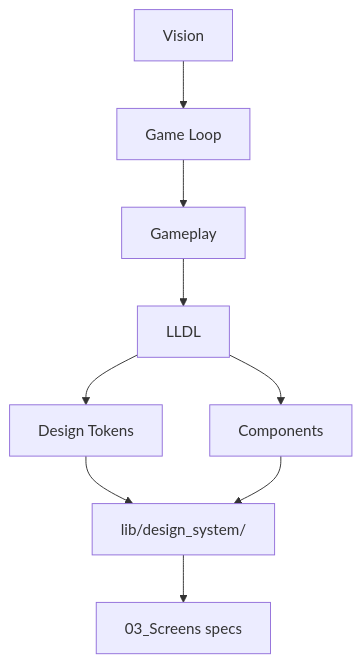
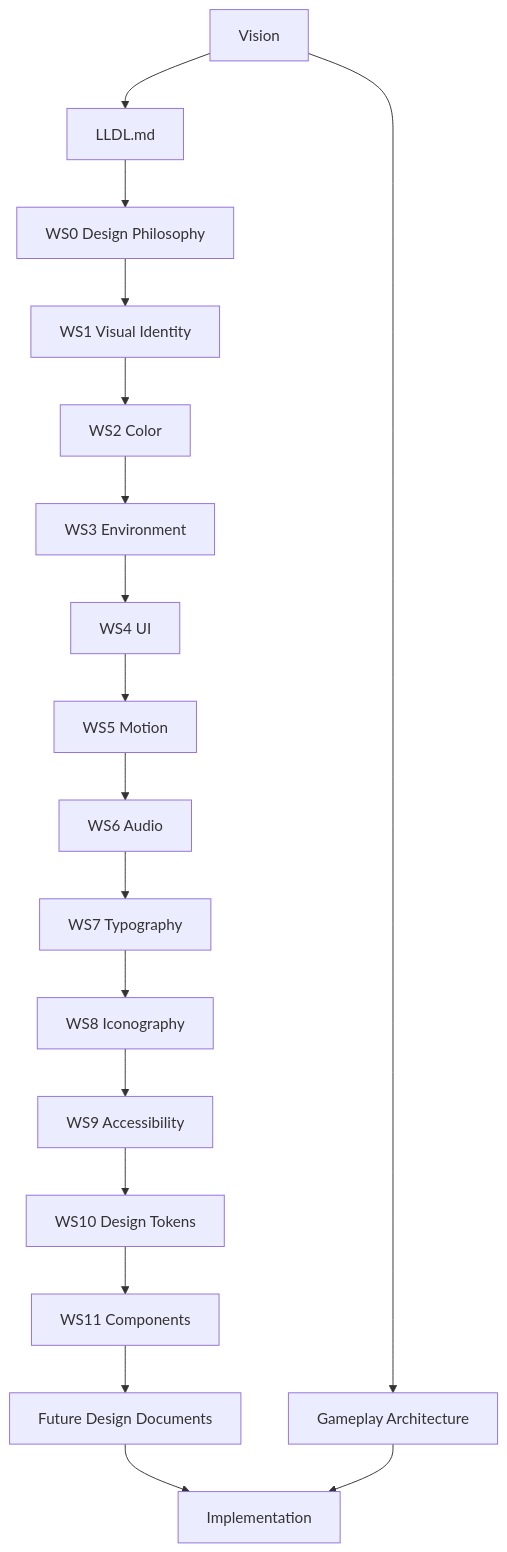
Before and after one commit to vividmemories-games/Labyrinth_Legends: the diagram in docs/02_Design_System/LLDL.md, drawn with Mermaid. The commit also changed other lines of this file and 63 other files, not shown here.

````diff
--- a/docs/02_Design_System/LLDL.md
+++ b/docs/02_Design_System/LLDL.md
@@ -75,11 +341,20 @@
 ```mermaid
 flowchart TB
-  V[Vision] --> GL[Game Loop]
-  GL --> GP[Gameplay]
-  GP --> LLDL[LLDL]
-  LLDL --> DT[Design Tokens]
-  LLDL --> CMP[Components]
-  DT --> DS[lib/design_system/]
-  CMP --> DS
-  DS --> SCR[03_Screens specs]
+  V[Vision] --> LLDL[LLDL.md]
+  LLDL --> WS0[WS0 Design Philosophy]
+  WS0 --> WS1[WS1 Visual Identity]
+  WS1 --> WS2[WS2 Color]
+  WS2 --> WS3[WS3 Environment]
+  WS3 --> WS4[WS4 UI]
+  WS4 --> WS5[WS5 Motion]
+  WS5 --> WS6[WS6 Audio]
+  WS6 --> WS7[WS7 Typography]
+  WS7 --> WS8[WS8 Iconography]
+  WS8 --> WS9[WS9 Accessibility]
+  WS9 --> WS10[WS10 Design Tokens]
+  WS10 --> WS11[WS11 Components]
+  WS11 --> FUT[Future Design Documents]
+  FUT --> IMPL[Implementation]
+  V --> GP[Gameplay Architecture]
+  GP --> IMPL
 ```
````
